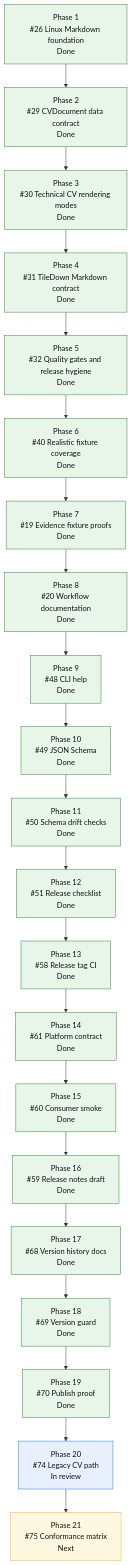
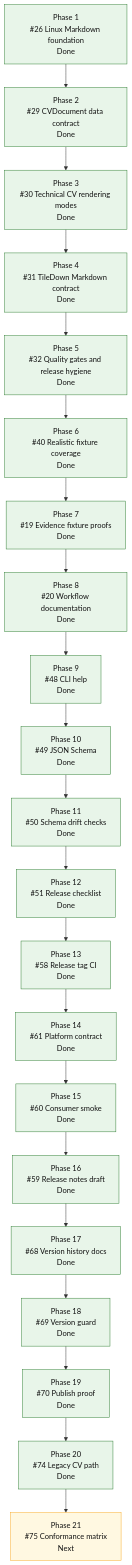
One commit to mihaelamj/cvbuilder changed the diagram in README.md. Above: the diagram before and after it, drawn with Mermaid. The commit also changed 1 other file, not shown here.

Commit message:
docs(roadmap): mark legacy rendering done

````diff
--- a/README.md
+++ b/README.md
@@ -169,40 +169,40 @@
 ```mermaid
 flowchart TD
     P1["Phase 1<br/>#26 Linux Markdown foundation<br/>Done"]
     P2["Phase 2<br/>#29 CVDocument data contract<br/>Done"]
     P3["Phase 3<br/>#30 Technical CV rendering modes<br/>Done"]
     P4["Phase 4<br/>#31 TileDown Markdown contract<br/>Done"]
     P5["Phase 5<br/>#32 Quality gates and release hygiene<br/>Done"]
     P6["Phase 6<br/>#40 Realistic fixture coverage<br/>Done"]
     P7["Phase 7<br/>#19 Evidence fixture proofs<br/>Done"]
     P8["Phase 8<br/>#20 Workflow documentation<br/>Done"]
     P9["Phase 9<br/>#48 CLI help<br/>Done"]
     P10["Phase 10<br/>#49 JSON Schema<br/>Done"]
     P11["Phase 11<br/>#50 Schema drift checks<br/>Done"]
     P12["Phase 12<br/>#51 Release checklist<br/>Done"]
     P13["Phase 13<br/>#58 Release tag CI<br/>Done"]
     P14["Phase 14<br/>#61 Platform contract<br/>Done"]
     P15["Phase 15<br/>#60 Consumer smoke<br/>Done"]
     P16["Phase 16<br/>#59 Release notes draft<br/>Done"]
     P17["Phase 17<br/>#68 Version history docs<br/>Done"]
     P18["Phase 18<br/>#69 Version guard<br/>Done"]
     P19["Phase 19<br/>#70 Publish proof<br/>Done"]
-    P20["Phase 20<br/>#74 Legacy CV path<br/>In review"]
+    P20["Phase 20<br/>#74 Legacy CV path<br/>Done"]
     P21["Phase 21<br/>#75 Conformance matrix<br/>Next"]
 
     P1 --> P2 --> P3 --> P4 --> P5 --> P6 --> P7 --> P8 --> P9 --> P10 --> P11 --> P12 --> P13 --> P14 --> P15 --> P16 --> P17 --> P18 --> P19 --> P20 --> P21
 
     classDef done fill:#e8f5e9,stroke:#2e7d32,color:#111;
     classDef active fill:#fff3e0,stroke:#ef6c00,color:#111;
     classDef review fill:#e8f0fe,stroke:#1a73e8,color:#111;
     classDef next fill:#fff8e1,stroke:#f9a825,color:#111;
     classDef partial fill:#e0f7fa,stroke:#00838f,color:#111;
     classDef todo fill:#eef3ff,stroke:#3367d6,color:#111;
     class P1,P2,P3,P4 done;
     class P5,P6,P7,P8,P9,P10,P11,P12,P13,P14,P15,P16 done;
     class P17 done;
     class P18 done;
     class P19 done;
-    class P20 review;
+    class P20 done;
     class P21 next;
 ```
````
